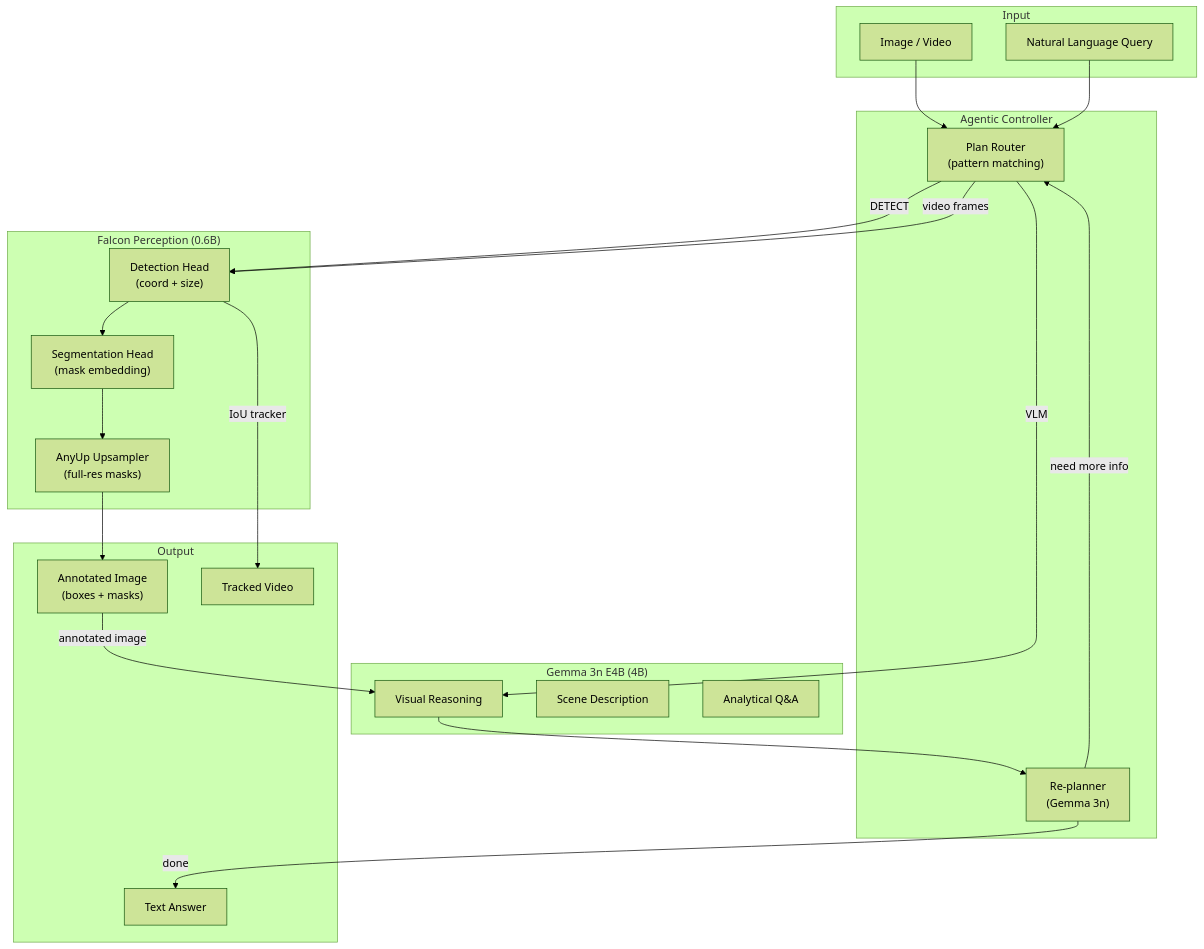
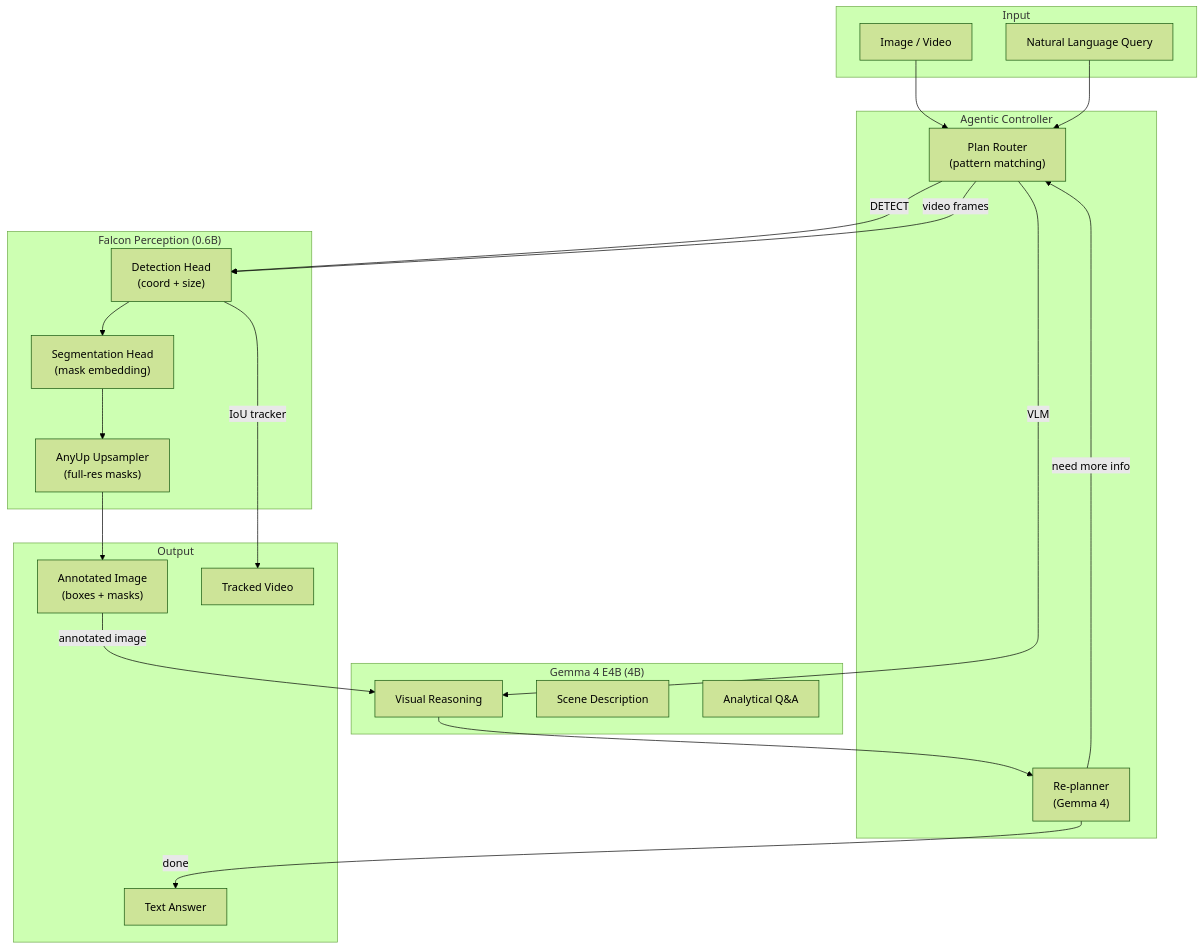
The first of 6 diagrams in ARCHITECTURE.md (PromtEngineer/Gemma4-Visual-Agent), drawn with Mermaid (forest theme) before and after one commit. The commit also changed other lines of this file and 8 other files, not shown here.

````diff
--- a/ARCHITECTURE.md
+++ b/ARCHITECTURE.md
@@ -16,42 +16,42 @@
 ```mermaid
 graph TB
     subgraph Input
         IMG["Image / Video"]
         Q["Natural Language Query"]
     end
 
     subgraph Agent["Agentic Controller"]
         PLAN["Plan Router<br/>(pattern matching)"]
-        REPLAN["Re-planner<br/>(Gemma 3n)"]
+        REPLAN["Re-planner<br/>(Gemma 4)"]
     end
 
     subgraph Falcon["Falcon Perception (0.6B)"]
         DET["Detection Head<br/>(coord + size)"]
         SEG["Segmentation Head<br/>(mask embedding)"]
         ANYUP["AnyUp Upsampler<br/>(full-res masks)"]
     end
 
-    subgraph Gemma["Gemma 3n E4B (4B)"]
+    subgraph Gemma["Gemma 4 E4B (4B)"]
         VLM["Visual Reasoning"]
         DESCRIBE["Scene Description"]
         ANALYZE["Analytical Q&A"]
     end
 
     subgraph Output
         ANN["Annotated Image<br/>(boxes + masks)"]
         TXT["Text Answer"]
         VID["Tracked Video"]
     end
 
     IMG --> PLAN
     Q --> PLAN
     PLAN -->|"DETECT"| DET
     DET --> SEG --> ANYUP --> ANN
     PLAN -->|"VLM"| VLM
     ANN -->|"annotated image"| VLM
     VLM --> REPLAN
     REPLAN -->|"need more info"| PLAN
     REPLAN -->|"done"| TXT
     PLAN -->|"video frames"| DET
     DET -->|"IoU tracker"| VID
 ```
````
